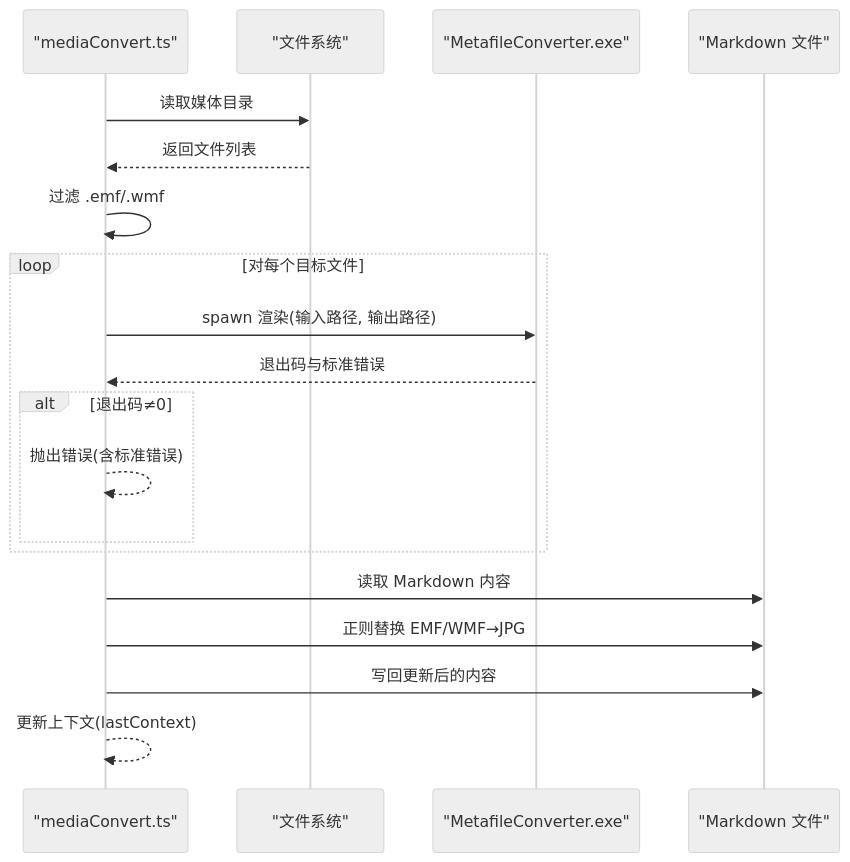
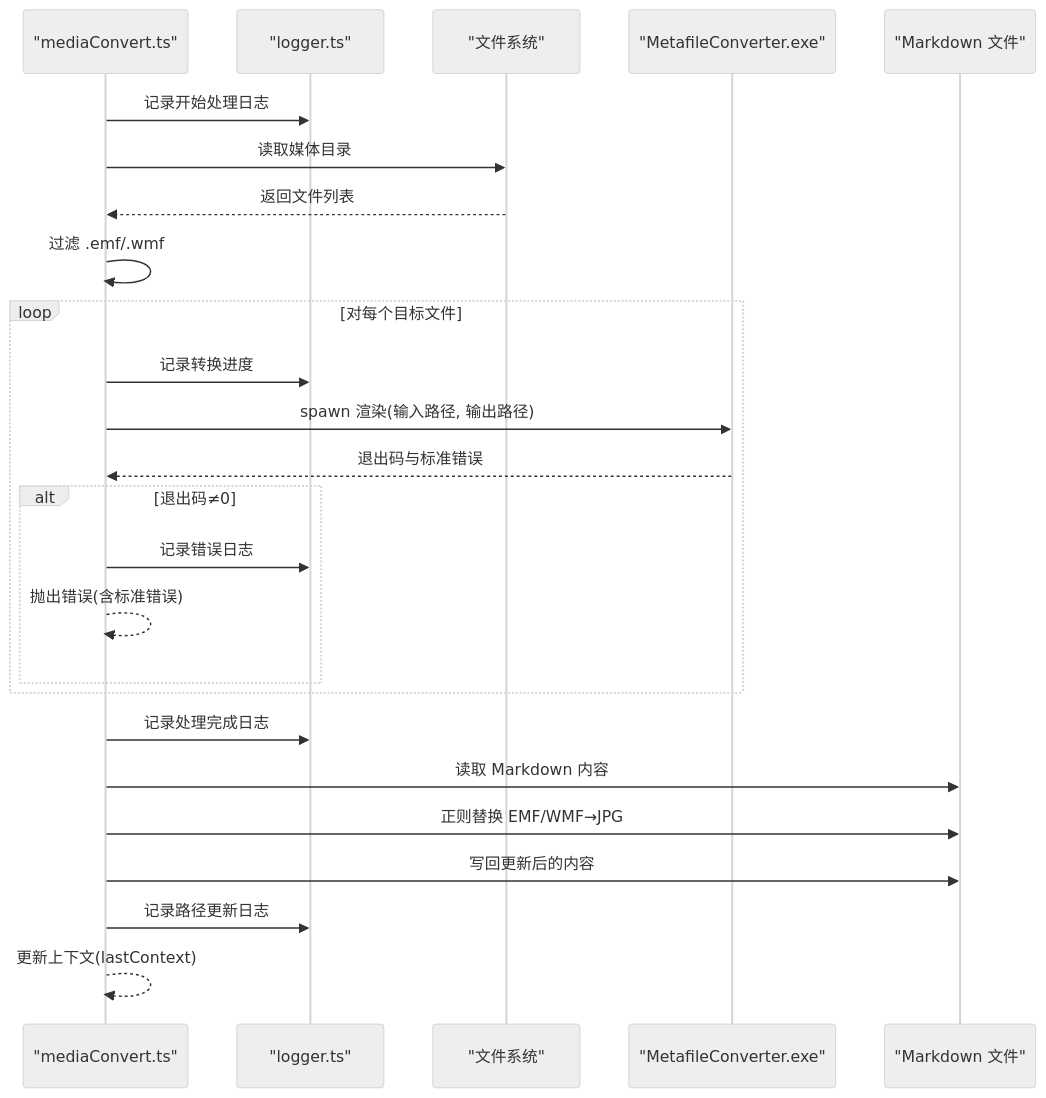
Before and after one commit to hllshiro/doc2md-cli: the fourth of 7 diagrams in .qoder/repowiki/zh/content/矢量媒体处理.md, drawn with Mermaid (neutral theme). The commit also changed other lines of this file and 5 other files, not shown here.

````diff
--- a/.qoder/repowiki/zh/content/矢量媒体处理.md
+++ b/.qoder/repowiki/zh/content/矢量媒体处理.md
@@ -210,21 +226,27 @@
 ```mermaid
 sequenceDiagram
 participant T as "mediaConvert.ts"
+participant L as "logger.ts"
 participant FS as "文件系统"
 participant EXE as "MetafileConverter.exe"
 participant MD as "Markdown 文件"
+T->>L : 记录开始处理日志
 T->>FS : 读取媒体目录
 FS-->>T : 返回文件列表
 T->>T : 过滤 .emf/.wmf
 loop 对每个目标文件
+T->>L : 记录转换进度
 T->>EXE : spawn 渲染(输入路径, 输出路径)
 EXE-->>T : 退出码与标准错误
 alt 退出码≠0
+T->>L : 记录错误日志
 T-->>T : 抛出错误(含标准错误)
 end
 end
+T->>L : 记录处理完成日志
 T->>MD : 读取 Markdown 内容
 T->>MD : 正则替换 EMF/WMF→JPG
 T->>MD : 写回更新后的内容
+T->>L : 记录路径更新日志
 T-->>T : 更新上下文(lastContext)
 ```
````
